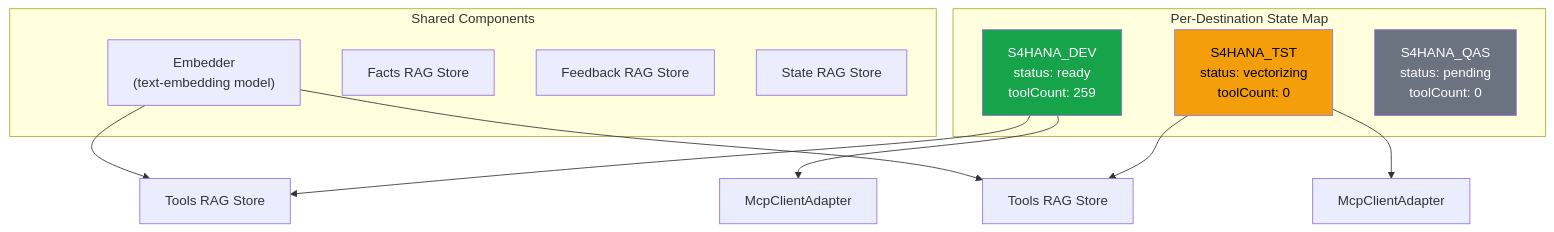
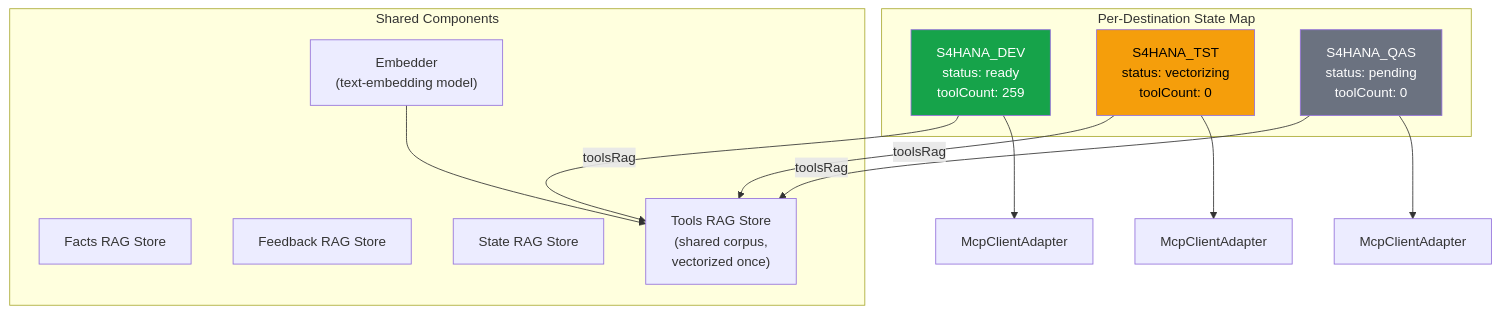
One commit to fr0ster/cloud-llm-hub changed diagram 23 of 24 in docs/architecture/ARCHITECTURE.md. Above: the diagram before and after it, drawn with Mermaid. The commit also changed other lines of this file, not shown here.

First line of the commit message:
docs(architecture): correct stale agent-surface / file-layout / ToC to current reality (PR-186)

````diff
--- a/docs/architecture/ARCHITECTURE.md
+++ b/docs/architecture/ARCHITECTURE.md
@@ -1010,27 +1203,30 @@
 ```mermaid
 graph TB
     subgraph "Shared Components"
         EMB["Embedder<br/>(text-embedding model)"]
         FACTS["Facts RAG Store"]
         FB["Feedback RAG Store"]
         STATE["State RAG Store"]
+        TOOLS["Tools RAG Store<br/>(shared corpus,<br/>vectorized once)"]
     end
 
     subgraph "Per-Destination State Map"
         D1["S4HANA_DEV<br/>status: ready<br/>toolCount: 259"]
         D2["S4HANA_TST<br/>status: vectorizing<br/>toolCount: 0"]
         D3["S4HANA_QAS<br/>status: pending<br/>toolCount: 0"]
     end
 
     D1 --> MCP1["McpClientAdapter"]
-    D1 --> RAG1["Tools RAG Store"]
     D2 --> MCP2["McpClientAdapter"]
-    D2 --> RAG2["Tools RAG Store"]
+    D3 --> MCP3["McpClientAdapter"]
 
-    EMB --> RAG1
-    EMB --> RAG2
+    D1 -->|toolsRag| TOOLS
+    D2 -->|toolsRag| TOOLS
+    D3 -->|toolsRag| TOOLS
+
+    EMB --> TOOLS
 
     style D1 fill:#16a34a,color:#fff
     style D2 fill:#f59e0b,color:#000
     style D3 fill:#6b7280,color:#fff
 ```
````
